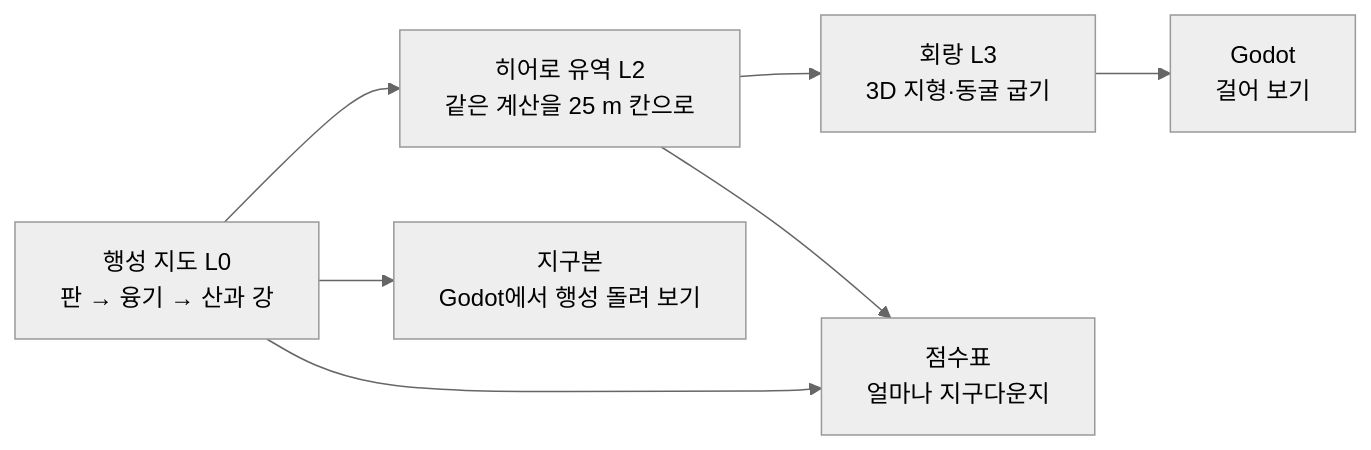
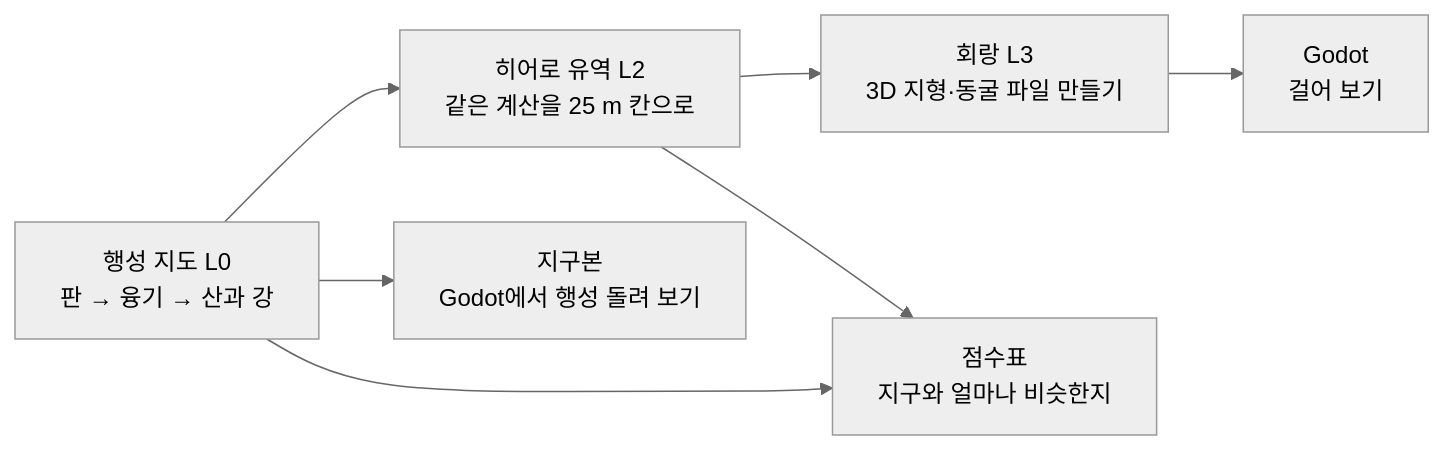
Before and after one commit to CAU-8/B-PCG: the diagram in README.md, drawn with Mermaid (neutral theme). The commit also changed other lines of this file and 5 other files, not shown here.

````diff
--- a/README.md
+++ b/README.md
@@ -96,9 +106,9 @@
 ```mermaid
 flowchart LR
     A["행성 지도 L0<br/>판 → 융기 → 산과 강"] --> B["히어로 유역 L2<br/>같은 계산을 25 m 칸으로"]
-    B --> C["회랑 L3<br/>3D 지형·동굴 굽기"]
+    B --> C["회랑 L3<br/>3D 지형·동굴 파일 만들기"]
     C --> D["Godot<br/>걸어 보기"]
     A --> E["지구본<br/>Godot에서 행성 돌려 보기"]
-    A --> F["점수표<br/>얼마나 지구다운지"]
+    A --> F["점수표<br/>지구와 얼마나 비슷한지"]
     B --> F
 ```
````
